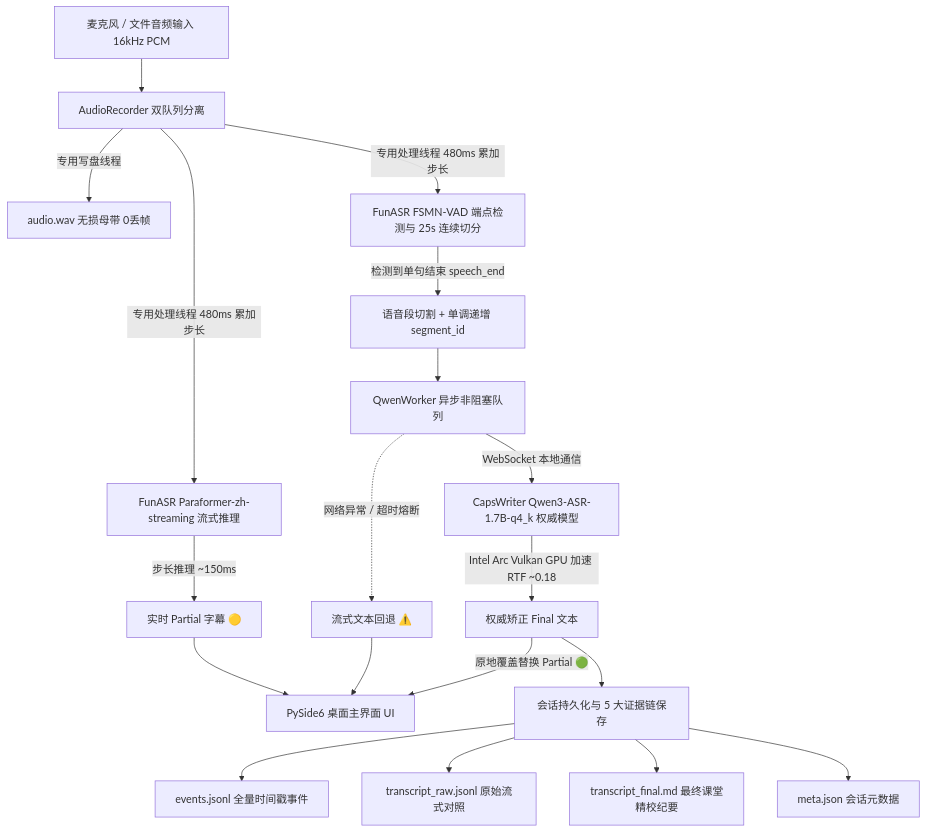
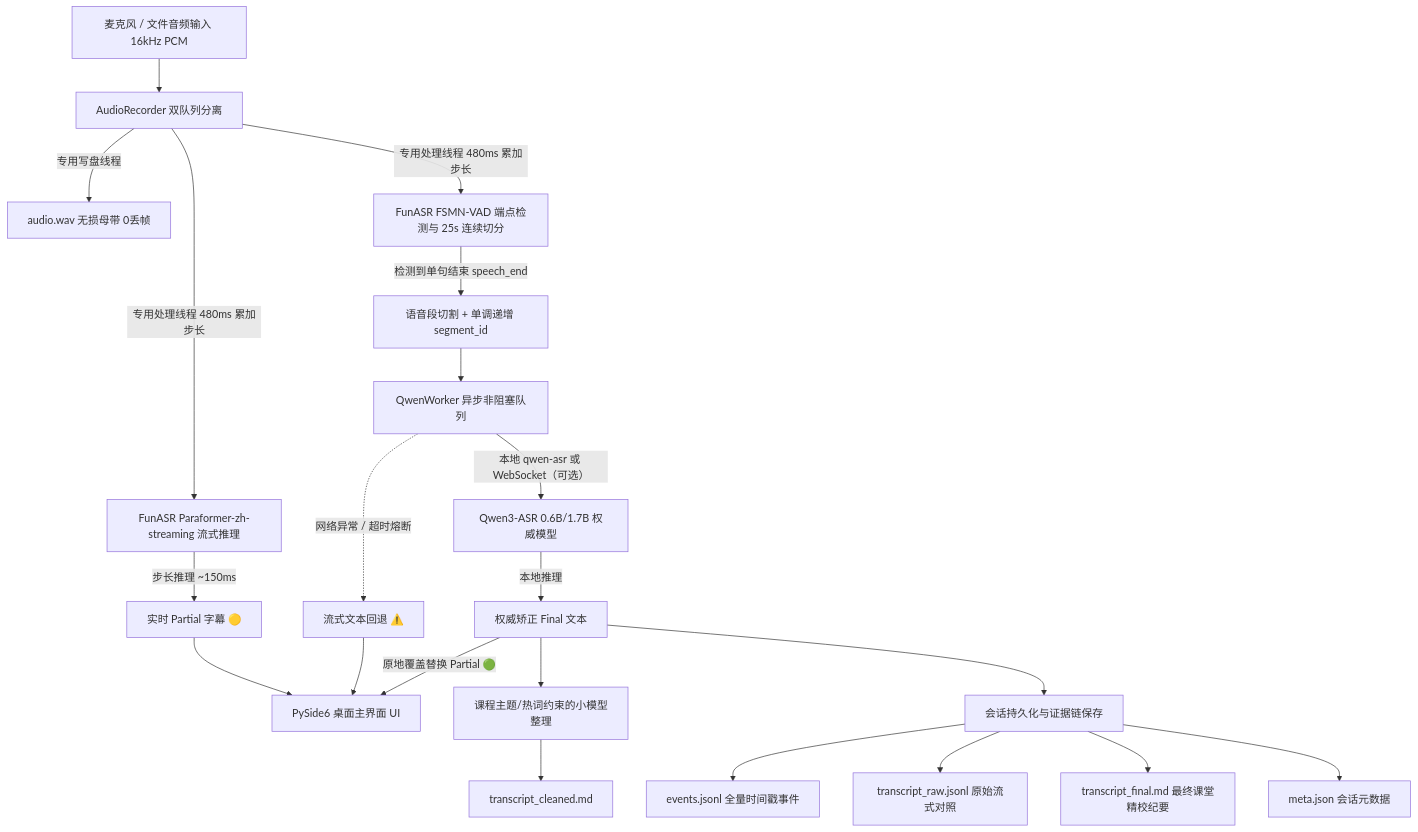
Before and after one commit to Aname-eng/classroom-hybrid-asr: the diagram in README.md, drawn with Mermaid. The commit also changed other lines of this file and 20 other files, not shown here.

````diff
--- a/README.md
+++ b/README.md
@@ -32,27 +34,29 @@
 ```mermaid
 flowchart TD
     A[麦克风 / 文件音频输入 16kHz PCM] --> B[AudioRecorder 双队列分离]
     B -->|专用写盘线程| L1[audio.wav 无损母带 0丢帧]
     B -->|专用处理线程 480ms 累加步长| C[FunASR FSMN-VAD 端点检测与 25s 连续切分]
     B -->|专用处理线程 480ms 累加步长| D[FunASR Paraformer-zh-streaming 流式推理]
     
     D -->|步长推理 ~150ms| E[实时 Partial 字幕 🟡]
     E --> F[PySide6 桌面主界面 UI]
     
     C -->|检测到单句结束 speech_end| G[语音段切割 + 单调递增 segment_id]
     G --> H[QwenWorker 异步非阻塞队列]
     
-    H -->|WebSocket 本地通信| I[CapsWriter Qwen3-ASR-1.7B-q4_k 权威模型]
-    I -->|Intel Arc Vulkan GPU 加速 RTF ~0.18| J[权威矫正 Final 文本]
+    H -->|本地 qwen-asr 或 WebSocket（可选）| I[Qwen3-ASR 0.6B/1.7B 权威模型]
+    I -->|本地推理| J[权威矫正 Final 文本]
+    J --> S[课程主题/热词约束的小模型整理]
+    S --> T[transcript_cleaned.md]
     
     H -.->|网络异常 / 超时熔断| J2[流式文本回退 ⚠️]
     J2 --> F
     
     J -->|原地覆盖替换 Partial 🟢| F
-    J --> K[会话持久化与 5 大证据链保存]
+    J --> K[会话持久化与证据链保存]
     
     K --> L2[events.jsonl 全量时间戳事件]
     K --> L3[transcript_raw.jsonl 原始流式对照]
     K --> L4[transcript_final.md 最终课堂精校纪要]
     K --> L5[meta.json 会话元数据]
 ```
````
